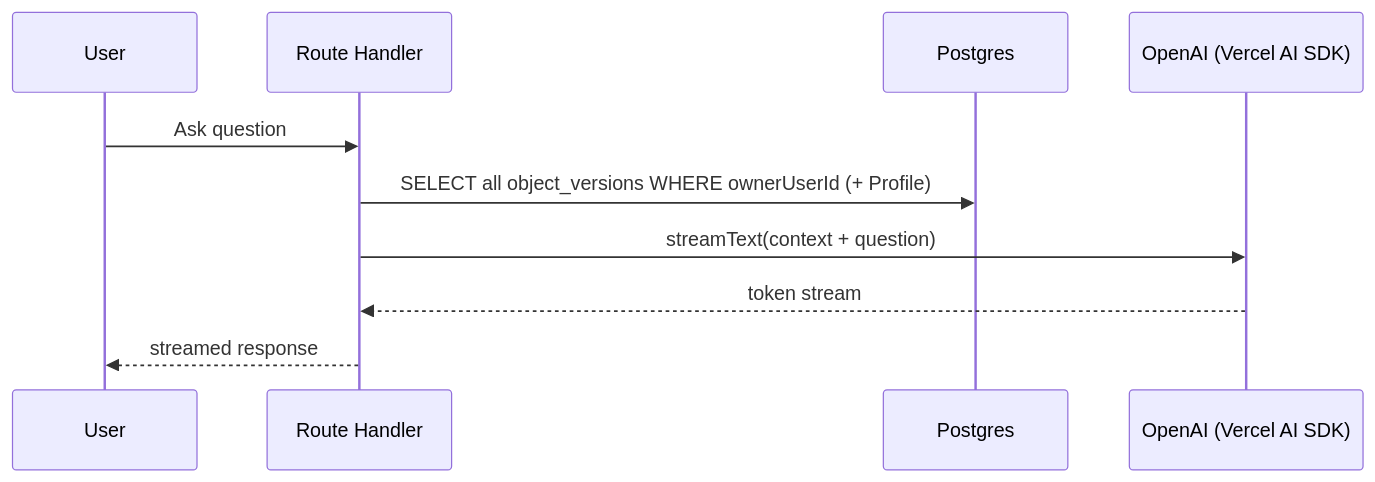
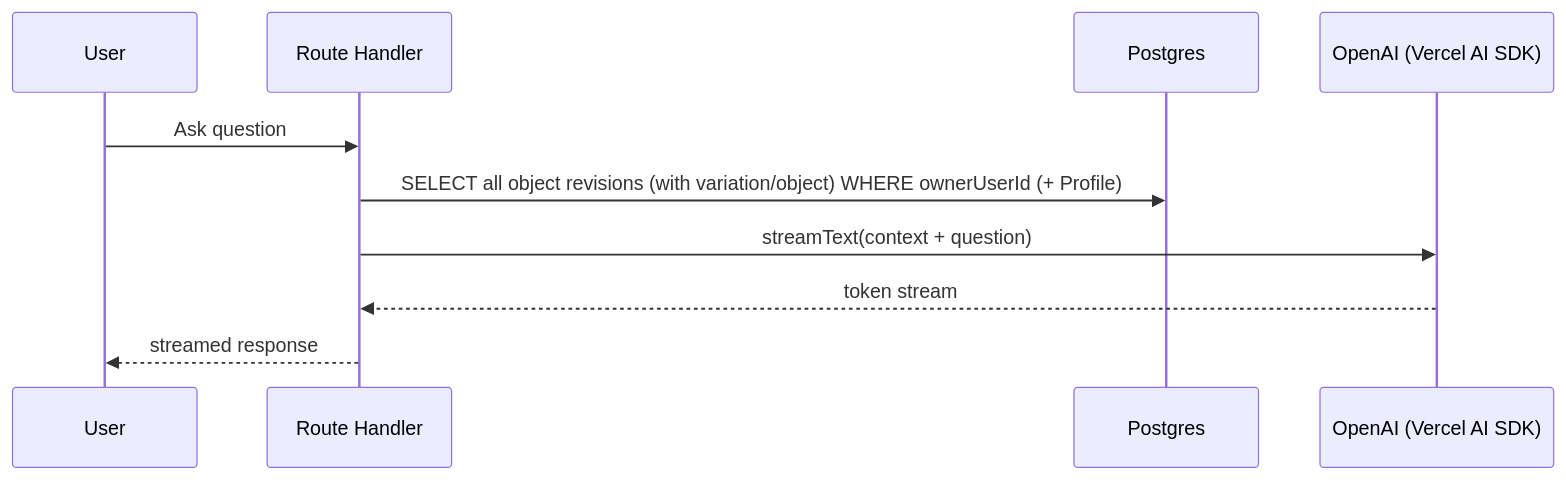
One commit to NiceKim/career-profile changed the fourth of 5 diagrams in docs/superpowers/specs/2026-08-16-resume-version-control-design.md. Above: the diagram before and after it, drawn with Mermaid. The commit also changed other lines of this file and 1 other file, not shown here.

First line of the commit message:
docs: finalize object/resume normalization spec + implementation plan

````diff
--- a/docs/superpowers/specs/2026-08-16-resume-version-control-design.md
+++ b/docs/superpowers/specs/2026-08-16-resume-version-control-design.md
@@ -168,13 +183,13 @@
 ```mermaid
 sequenceDiagram
     participant U as User
     participant App as Route Handler
     participant DB as Postgres
     participant AI as OpenAI (Vercel AI SDK)
 
     U->>App: Ask question
-    App->>DB: SELECT all object_versions WHERE ownerUserId (+ Profile)
+    App->>DB: SELECT all object revisions (with variation/object) WHERE ownerUserId (+ Profile)
     App->>AI: streamText(context + question)
     AI-->>App: token stream
     App-->>U: streamed response
 ```
````
